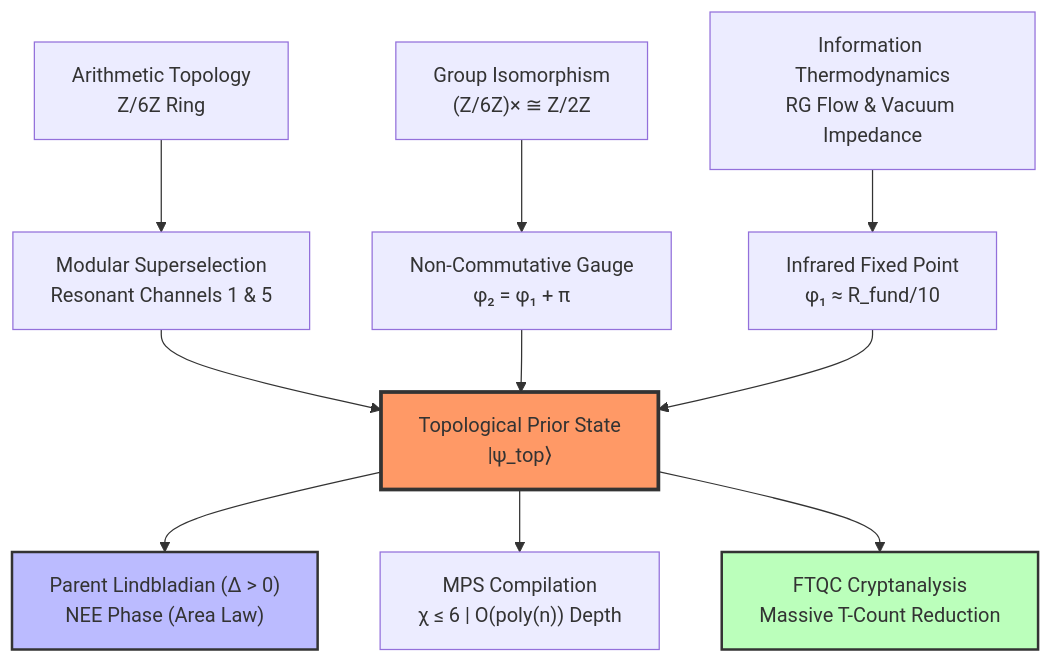
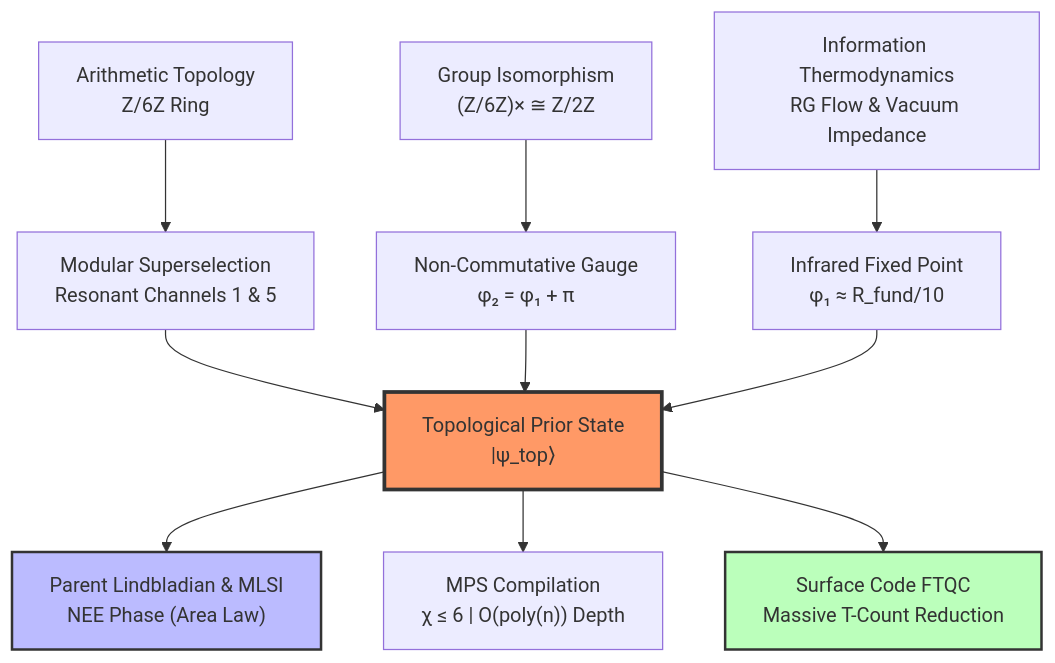
One commit to NachoPeinador/Phase-Pi-Quantum-Prior changed the diagram in README.md. Above: the diagram before and after it, drawn with Mermaid. The commit also changed other lines of this file, not shown here.

`````diff
--- a/README.md
+++ b/README.md
@@ -40,18 +40,18 @@
 ```mermaid
 graph TD
     A["Arithmetic Topology<br>Z/6Z Ring"] --> B["Modular Superselection<br>Resonant Channels 1 & 5"]
     C["Group Isomorphism<br>(Z/6Z)× ≅ Z/2Z"] --> D["Non-Commutative Gauge<br>φ₂ = φ₁ + π"]
     E["Information Thermodynamics<br>RG Flow & Vacuum Impedance"] --> F["Infrared Fixed Point<br>φ₁ ≈ R_fund/10"]
     
     B --> H["Topological Prior State<br>|ψ_top⟩"]
     D --> H
     F --> H
     
-    H --> NEE["Parent Lindbladian (Δ > 0)<br>NEE Phase (Area Law)"]
+    H --> NEE["Parent Lindbladian & MLSI<br>NEE Phase (Area Law)"]
     H --> MPS["MPS Compilation<br>χ ≤ 6 | O(poly(n)) Depth"]
-    H --> CRYP["FTQC Cryptanalysis<br>Massive T-Count Reduction"]
+    H --> CRYP["Surface Code FTQC<br>Massive T-Count Reduction"]
 
     style H fill:#f96,stroke:#333,stroke-width:3px
     style NEE fill:#bbf,stroke:#333,stroke-width:2px
     style CRYP fill:#bfb,stroke:#333,stroke-width:2px
 ````
`````
